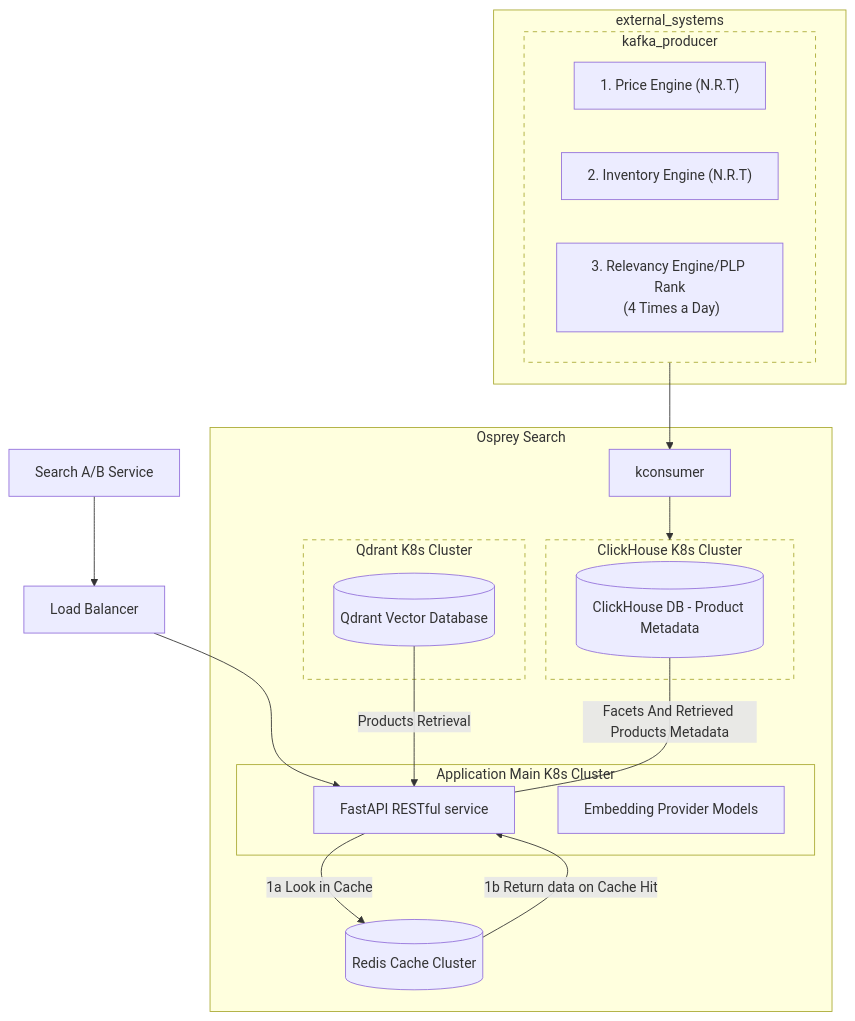
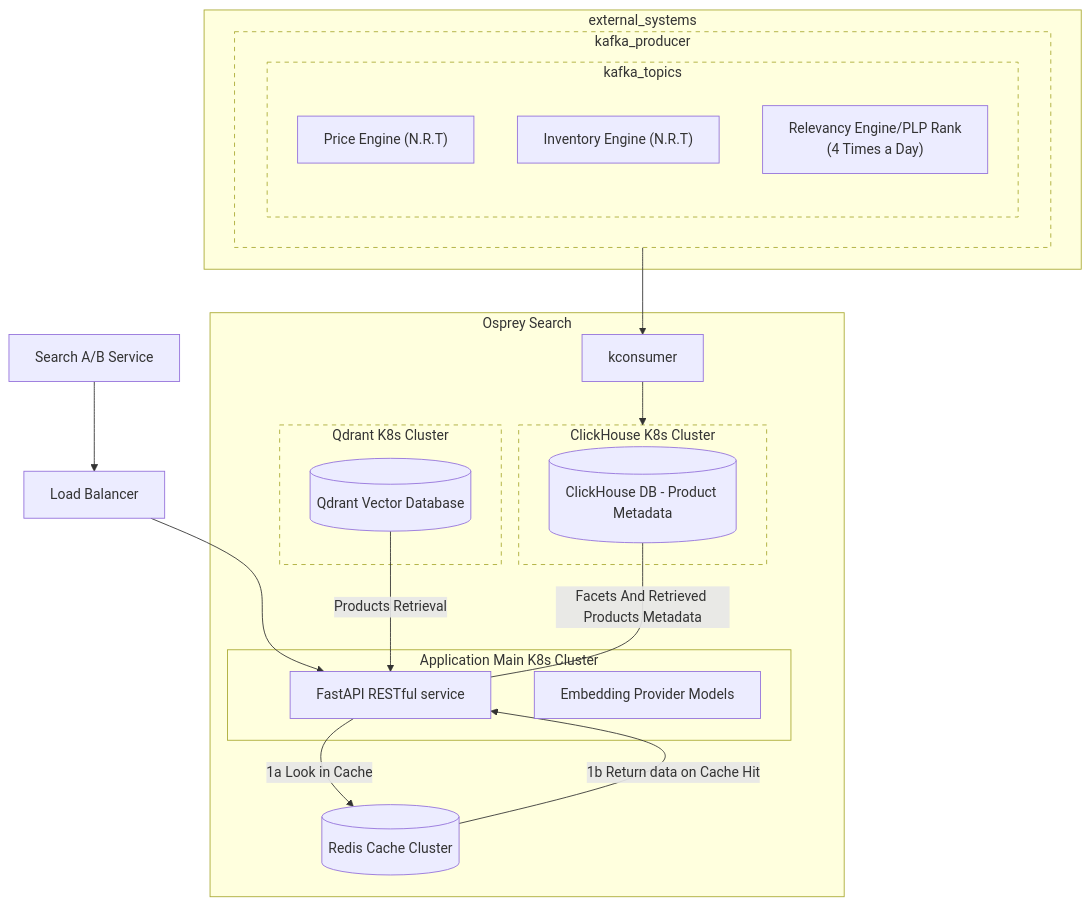
One commit to caiferris/qtact changed the diagram in osprey_search_ARCHITECTURE.md. Above: the diagram before and after it, drawn with Mermaid.

Commit message:
Updated osprey doc

````diff
--- a/osprey_search_ARCHITECTURE.md
+++ b/osprey_search_ARCHITECTURE.md
@@ -44,44 +44,48 @@
 ```mermaid
 graph 
   query["Search A/B Service"]
   load_balancer["Load Balancer"]
   api_server["FastAPI RESTful service"]
   embedding_model["Embedding Provider Models"]
   redis[(Redis Cache Cluster)]
   qdrant_vdb[(Qdrant Vector Database)]
   clickhouse_cdb[(ClickHouse DB - Product Metadata)]
   external_systems["External Systems"]
   kafka_producer["Kafka Producer"]
-  kafka_topic1["1. Price Engine (N.R.T)"]
-  kafka_topic2["2. Inventory Engine (N.R.T)"]
-  kafka_topic3["3. Relevancy Engine/PLP Rank\n (4 Times a Day)"]
+  kafka_topics[Kafka Topics]
+  kafka_topic1["Price Engine (N.R.T)"]
+  kafka_topic2["Inventory Engine (N.R.T)"]
+  kafka_topic3["Relevancy Engine/PLP Rank\n (4 Times a Day)"]
   query --> load_balancer --> api_server
 subgraph parent_subgraph["Osprey Search"]
   api_server -- 1a Look in Cache --> redis
   redis -- 1b Return data on Cache Hit --> api_server
   subgraph sub_graph_group1["Application Main K8s Cluster"]
     style sub_graph_group1 stroke: 5, 5
     api_server
     embedding_model
   end
   subgraph qdrant_cluster["Qdrant K8s Cluster"]
     style qdrant_cluster stroke-dasharray: 5, 5
     qdrant_vdb -- Products Retrieval --> api_server
   end
   subgraph clickhouse_cluster["ClickHouse K8s Cluster"]
     style clickhouse_cluster stroke-dasharray: 5, 5
     clickhouse_cdb -- Facets And Retrieved Products Metadata --- api_server
   end
   kconsumer --> clickhouse_cluster
 end
 subgraph external_systems
   style external_systems stroke: 5, 5
   subgraph kafka_producer
     style kafka_producer stroke-dasharray: 5, 5
-    kafka_topic1
-    kafka_topic2
-    kafka_topic3
+    subgraph kafka_topics
+      style kafka_topics stroke-dasharray: 5, 5
+      kafka_topic1
+      kafka_topic2
+      kafka_topic3
+    end
   end
 end
 kafka_producer --> kconsumer
 ```
````
